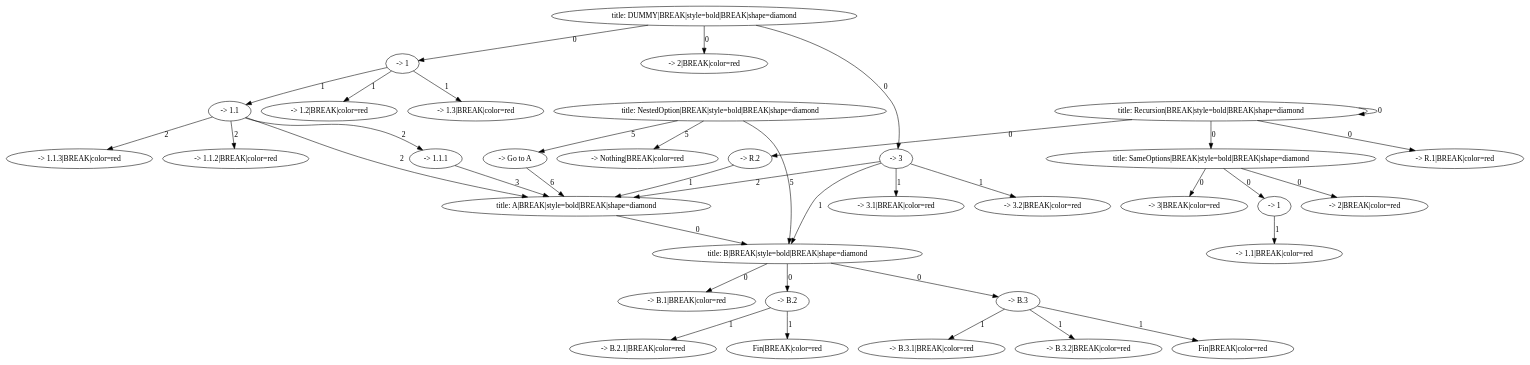
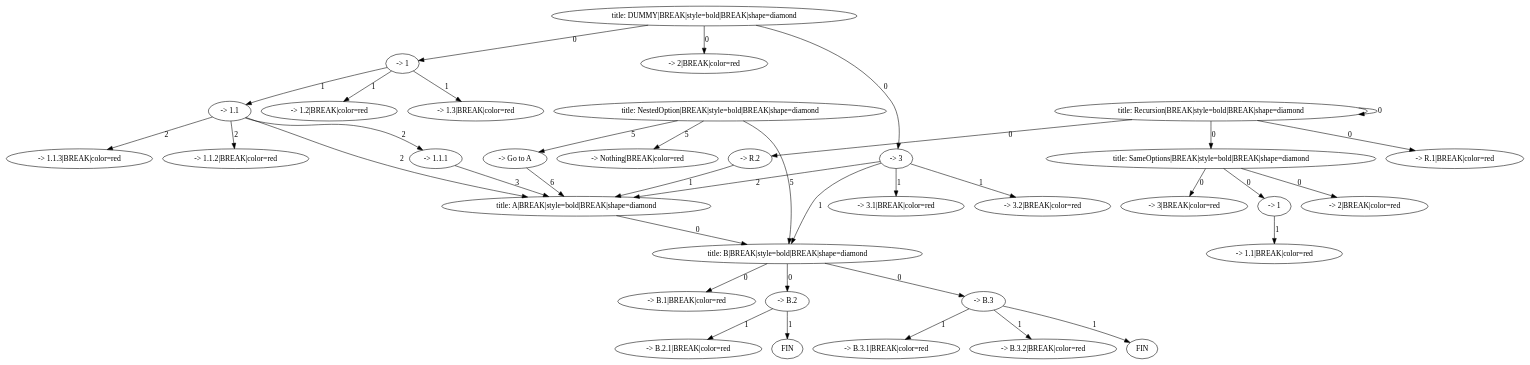
Before and after one commit to PraxTube/lost-oppai: the diagram in dialogue_graph/DUMMY.dot, drawn with Graphviz. The commit also changed 1 other file, not shown here.

Commit message:
feat: Mark FIN node as non-leaf node

```diff
--- a/dialogue_graph/DUMMY.dot
+++ b/dialogue_graph/DUMMY.dot
@@ -1,72 +1,72 @@
 digraph {
     0 [ label = "title: DUMMY|BREAK|style=bold|BREAK|shape=diamond" ]
     1 [ label = "title: A|BREAK|style=bold|BREAK|shape=diamond" ]
     2 [ label = "title: B|BREAK|style=bold|BREAK|shape=diamond" ]
     3 [ label = "title: Recursion|BREAK|style=bold|BREAK|shape=diamond" ]
     4 [ label = "title: SameOptions|BREAK|style=bold|BREAK|shape=diamond" ]
     5 [ label = "title: NestedOption|BREAK|style=bold|BREAK|shape=diamond" ]
     6 [ label = "-> 1" ]
     7 [ label = "-> 1.1" ]
     8 [ label = "-> 1.1.1" ]
     9 [ label = "-> 1.1.2|BREAK|color=red" ]
     10 [ label = "-> 1.1.3|BREAK|color=red" ]
     11 [ label = "-> 1.2|BREAK|color=red" ]
     12 [ label = "-> 1.3|BREAK|color=red" ]
     13 [ label = "-> 2|BREAK|color=red" ]
     14 [ label = "-> 3" ]
     15 [ label = "-> 3.1|BREAK|color=red" ]
     16 [ label = "-> 3.2|BREAK|color=red" ]
     17 [ label = "-> B.1|BREAK|color=red" ]
     18 [ label = "-> B.2" ]
-    19 [ label = "Fin|BREAK|color=red" ]
+    19 [ label = "FIN" ]
     20 [ label = "-> B.2.1|BREAK|color=red" ]
     21 [ label = "-> B.3" ]
     22 [ label = "-> B.3.1|BREAK|color=red" ]
     23 [ label = "-> B.3.2|BREAK|color=red" ]
-    24 [ label = "Fin|BREAK|color=red" ]
+    24 [ label = "FIN" ]
     25 [ label = "-> R.1|BREAK|color=red" ]
     26 [ label = "-> R.2" ]
     27 [ label = "-> 1" ]
     28 [ label = "-> 1.1|BREAK|color=red" ]
     29 [ label = "-> 2|BREAK|color=red" ]
     30 [ label = "-> 3|BREAK|color=red" ]
     31 [ label = "-> Go to A" ]
     32 [ label = "-> Nothing|BREAK|color=red" ]
     0 -> 6 [ label = "0" ]
     6 -> 7 [ label = "1" ]
     7 -> 8 [ label = "2" ]
     8 -> 1 [ label = "3" ]
     7 -> 1 [ label = "2" ]
     7 -> 9 [ label = "2" ]
     7 -> 10 [ label = "2" ]
     6 -> 11 [ label = "1" ]
     6 -> 12 [ label = "1" ]
     0 -> 13 [ label = "0" ]
     0 -> 14 [ label = "0" ]
     14 -> 15 [ label = "1" ]
     14 -> 16 [ label = "1" ]
     14 -> 1 [ label = "2" ]
     14 -> 2 [ label = "1" ]
     1 -> 2 [ label = "0" ]
     2 -> 17 [ label = "0" ]
     2 -> 18 [ label = "0" ]
     18 -> 19 [ label = "1" ]
     18 -> 20 [ label = "1" ]
     2 -> 21 [ label = "0" ]
     21 -> 22 [ label = "1" ]
     21 -> 23 [ label = "1" ]
     21 -> 24 [ label = "1" ]
     3 -> 25 [ label = "0" ]
     3 -> 4 [ label = "0" ]
     3 -> 26 [ label = "0" ]
     26 -> 1 [ label = "1" ]
     3 -> 3 [ label = "0" ]
     4 -> 27 [ label = "0" ]
     27 -> 28 [ label = "1" ]
     4 -> 29 [ label = "0" ]
     4 -> 30 [ label = "0" ]
     5 -> 31 [ label = "5" ]
     31 -> 1 [ label = "6" ]
     5 -> 32 [ label = "5" ]
     5 -> 2 [ label = "5" ]
 }
```
